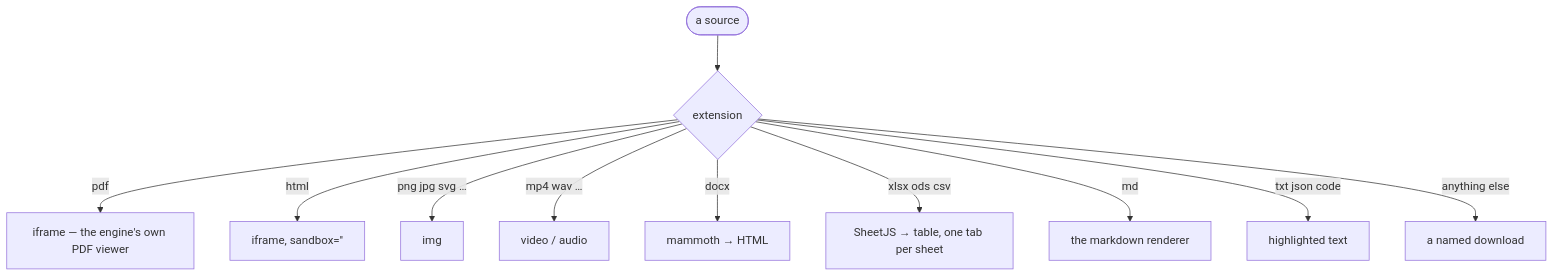
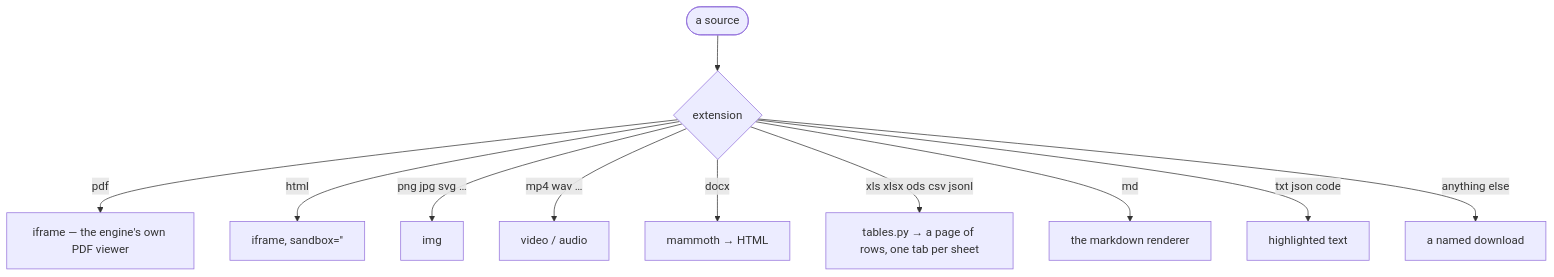
The fourth of 4 diagrams in design/13_source_material.md (radubools/dex), drawn with Mermaid before and after one commit. The commit also changed other lines of this file and 31 other files, not shown here.

````diff
--- a/design/13_source_material.md
+++ b/design/13_source_material.md
@@ -230,13 +231,13 @@
 ```mermaid
 flowchart TD
     S([a source]) --> E{extension}
     E -->|pdf| PDF["iframe — the engine's own PDF viewer"]
     E -->|html| HTML["iframe, sandbox=''"]
     E -->|png jpg svg …| IMG["img"]
     E -->|mp4 wav …| MED["video / audio"]
     E -->|docx| DOC["mammoth → HTML"]
-    E -->|xlsx ods csv| SHEET["SheetJS → table, one tab per sheet"]
+    E -->|xls xlsx ods csv jsonl| SHEET["tables.py → a page of rows, one tab per sheet"]
     E -->|md| MD["the markdown renderer"]
     E -->|txt json code| TXT["highlighted text"]
     E -->|anything else| DL["a named download"]
 ```
````
